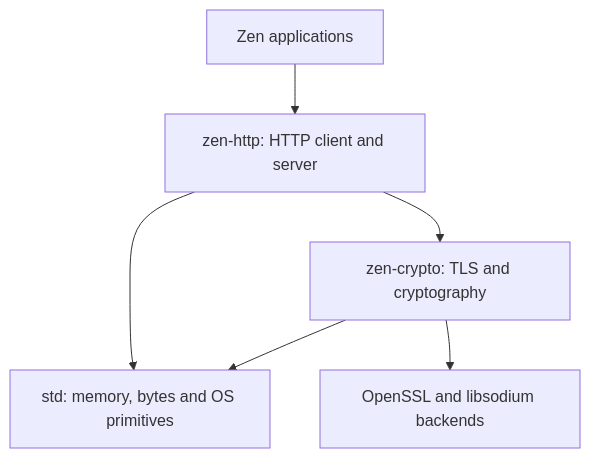
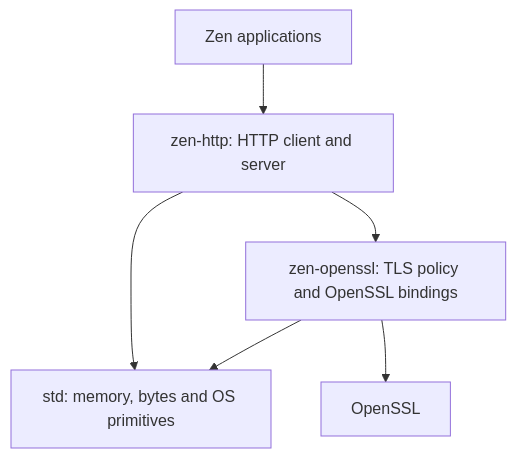
One commit to lantos1618/zen-http changed the diagram in README.md. Above: the diagram before and after it, drawn with Mermaid. The commit also changed other lines of this file and 9 other files, not shown here.

Commit message:
Consume TLS from dedicated zen-openssl package

````diff
--- a/README.md
+++ b/README.md
@@ -9,8 +10,8 @@
 ```mermaid
 flowchart TD
     app[Zen applications] --> http[zen-http: HTTP client and server]
-    http --> crypto[zen-crypto: TLS and cryptography]
+    http --> tls[zen-openssl: TLS policy and OpenSSL bindings]
     http --> std[std: memory, bytes and OS primitives]
-    crypto --> std
-    crypto --> native[OpenSSL and libsodium backends]
+    tls --> std
+    tls --> native[OpenSSL]
 ```
````
